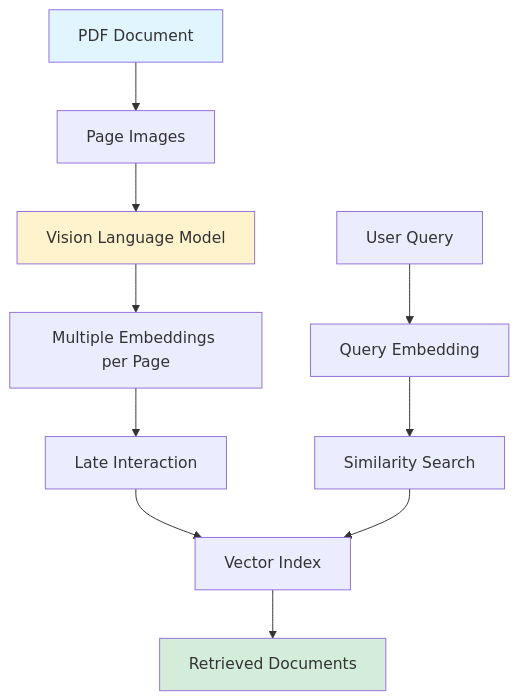
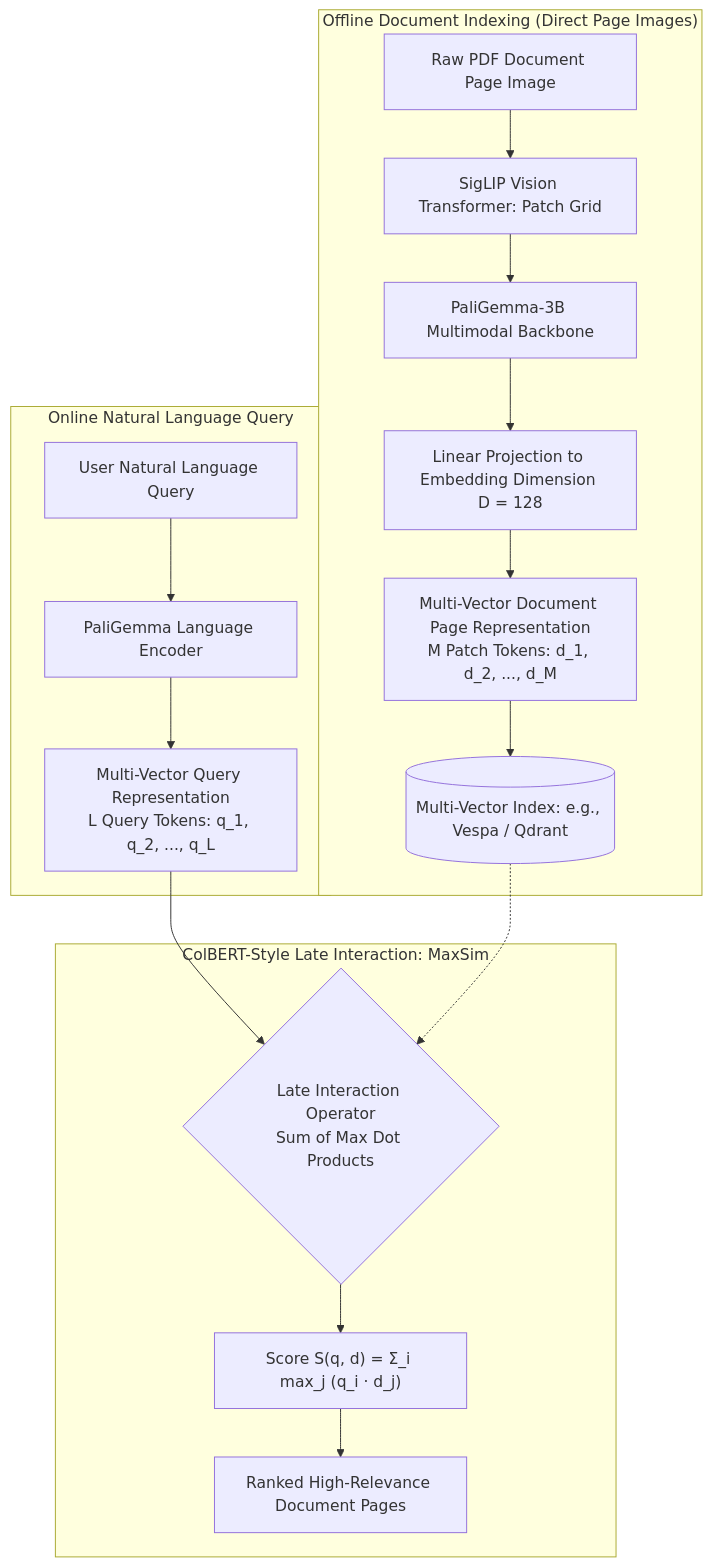
Before and after one commit to akillness/akillness.github.io: the diagram in _posts/2024/07/2024-07-18-colpali-efficient-document-retrieval.md, drawn with Mermaid. The commit also changed other lines of this file and 1 other file, not shown here.

Commit message:
archive(dev): rebuild colpali-efficient-document-retrieval from 2024-07 note

````diff
--- a/_posts/2024/07/2024-07-18-colpali-efficient-document-retrieval.md
+++ b/_posts/2024/07/2024-07-18-colpali-efficient-document-retrieval.md
@@ -48,17 +37,22 @@
 ```mermaid
-graph TB
-    A[PDF Document] --> B[Page Images]
-    B --> C[Vision Language Model]
-    C --> D[Multiple Embeddings per Page]
-    D --> E[Late Interaction]
-    E --> F[Vector Index]
-    
-    G[User Query] --> H[Query Embedding]
-    H --> I[Similarity Search]
-    I --> F
-    F --> J[Retrieved Documents]
-    
-    style A fill:#e1f5ff
-    style C fill:#fff3cd
-    style J fill:#d4edda
+flowchart TD
+    subgraph Ingestion["Offline Document Indexing (Direct Page Images)"]
+        PDFPage[Raw PDF Document Page Image] --> SigLIP[SigLIP Vision Transformer: Patch Grid]
+        SigLIP --> PaliGemma[PaliGemma-3B Multimodal Backbone]
+        PaliGemma --> ProjLayer[Linear Projection to Embedding Dimension D = 128]
+        ProjLayer --> MultiVectorDoc[Multi-Vector Document Page Representation\nM Patch Tokens: d_1, d_2, ..., d_M]
+        MultiVectorDoc --> VectorIndex[(Multi-Vector Index: e.g., Vespa / Qdrant)]
+    end
+
+    subgraph QueryStage["Online Natural Language Query"]
+        UserQuery[User Natural Language Query] --> TextEncoder[PaliGemma Language Encoder]
+        TextEncoder --> MultiVectorQuery[Multi-Vector Query Representation\nL Query Tokens: q_1, q_2, ..., q_L]
+    end
+
+    subgraph LateInteraction["ColBERT-Style Late Interaction: MaxSim"]
+        MultiVectorQuery --> MaxSimEngine{Late Interaction Operator\nSum of Max Dot Products}
+        VectorIndex -.-> MaxSimEngine
+        MaxSimEngine --> RelevanceScore["Score S(q, d) = Σ_i max_j (q_i · d_j)"]
+        RelevanceScore --> TopPages[Ranked High-Relevance Document Pages]
+    end
 ```
````
